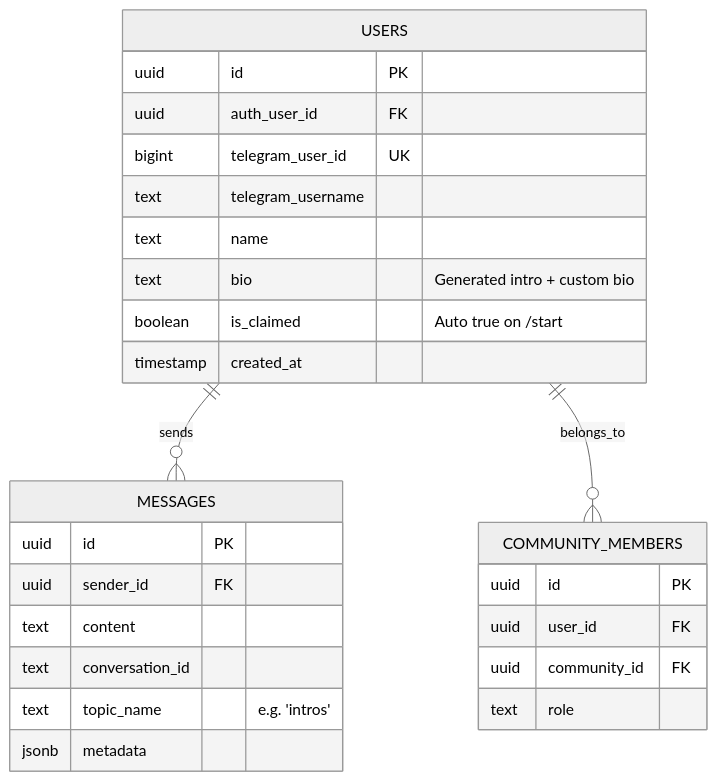
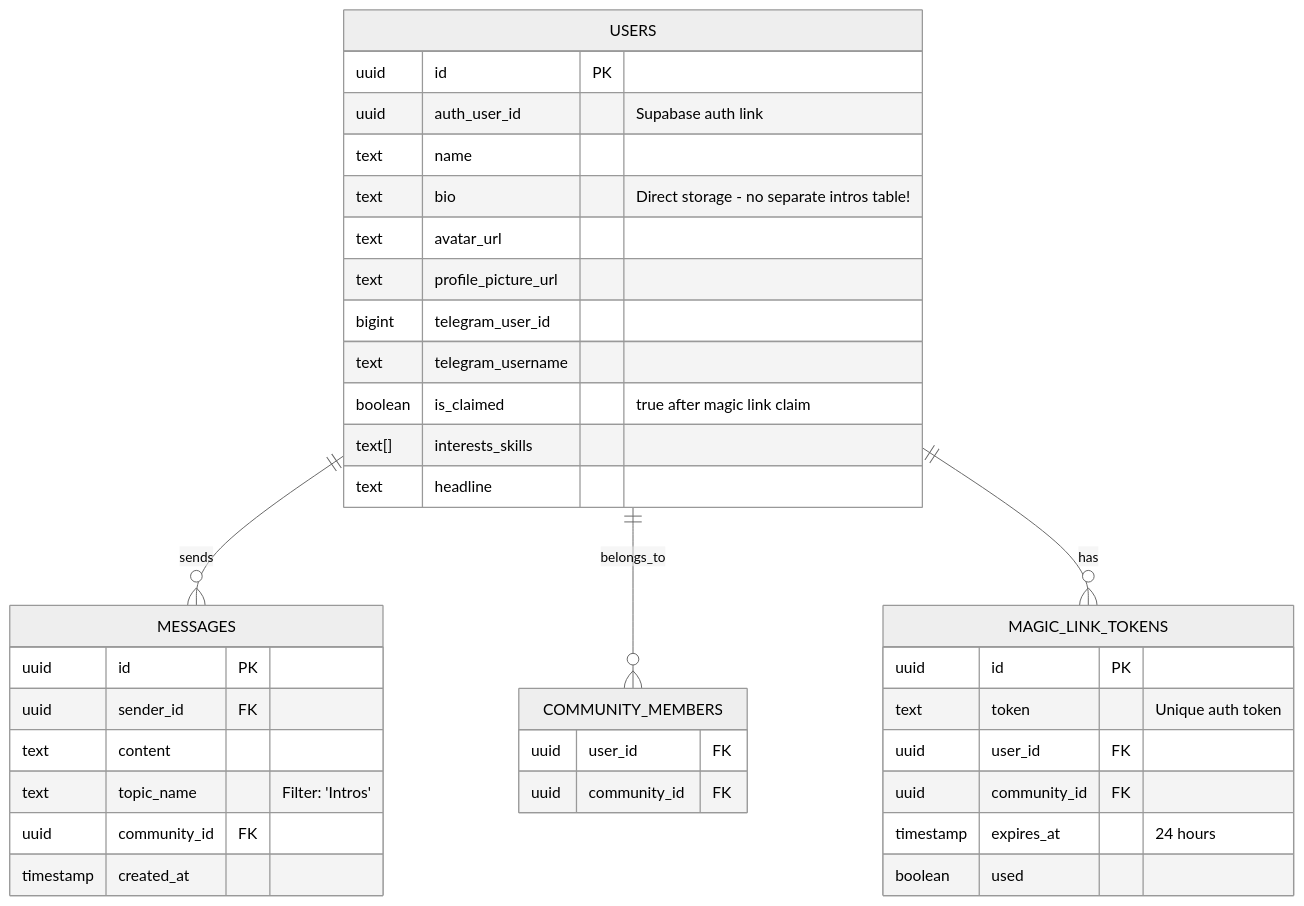
Before and after one commit to jackmielke/build-telegram-bots-with-a: the second of 2 diagrams in mermaids/profile-intro-system.md, drawn with Mermaid (neutral theme). The commit also changed other lines of this file and 3 other files, not shown here.

````diff
--- a/mermaids/profile-intro-system.md
+++ b/mermaids/profile-intro-system.md
@@ -52,32 +63,43 @@
 ```mermaid
 erDiagram
+    USERS ||--o{ MESSAGES : sends
+    USERS ||--o{ COMMUNITY_MEMBERS : belongs_to
+    USERS ||--o{ MAGIC_LINK_TOKENS : has
+    
     USERS {
         uuid id PK
-        uuid auth_user_id FK
-        bigint telegram_user_id UK
+        uuid auth_user_id "Supabase auth link"
+        text name
+        text bio "Direct storage - no separate intros table!"
+        text avatar_url
+        text profile_picture_url
+        bigint telegram_user_id
         text telegram_username
-        text name
-        text bio "Generated intro + custom bio"
-        boolean is_claimed "Auto true on /start"
-        timestamp created_at
+        boolean is_claimed "true after magic link claim"
+        text[] interests_skills
+        text headline
     }
     
     MESSAGES {
         uuid id PK
         uuid sender_id FK
         text content
-        text conversation_id
-        text topic_name "e.g. 'intros'"
-        jsonb metadata
+        text topic_name "Filter: 'Intros'"
+        uuid community_id FK
+        timestamp created_at
     }
     
     COMMUNITY_MEMBERS {
-        uuid id PK
         uuid user_id FK
         uuid community_id FK
-        text role
     }
     
-    USERS ||--o{ MESSAGES : sends
-    USERS ||--o{ COMMUNITY_MEMBERS : belongs_to
+    MAGIC_LINK_TOKENS {
+        uuid id PK
+        text token "Unique auth token"
+        uuid user_id FK
+        uuid community_id FK
+        timestamp expires_at "24 hours"
+        boolean used
+    }
 ```
````
